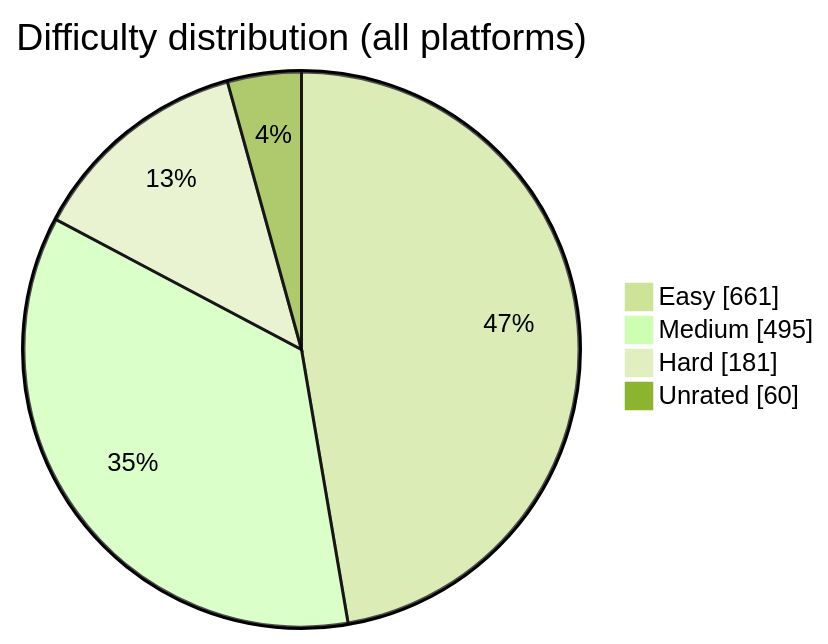
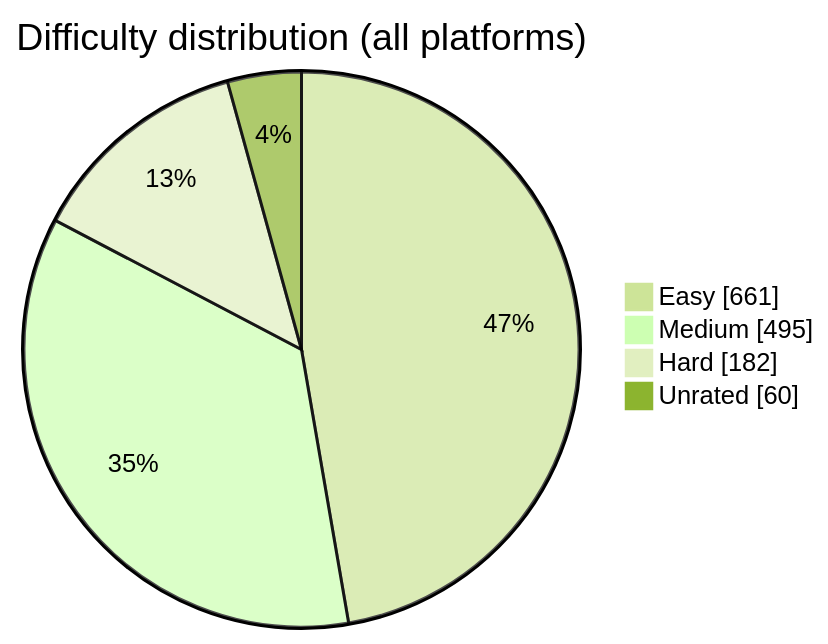
Before and after one commit to BuildbyArindam/Daily-Coding-Log: the diagram in README.md, drawn with Mermaid (forest theme). The commit also changed other lines of this file, not shown here.

````diff
--- a/README.md
+++ b/README.md
@@ -93,7 +93,7 @@
 ```mermaid
 pie showData title Difficulty distribution (all platforms)
     "Easy" : 661
     "Medium" : 495
-    "Hard" : 181
+    "Hard" : 182
     "Unrated" : 60
 ```
````
